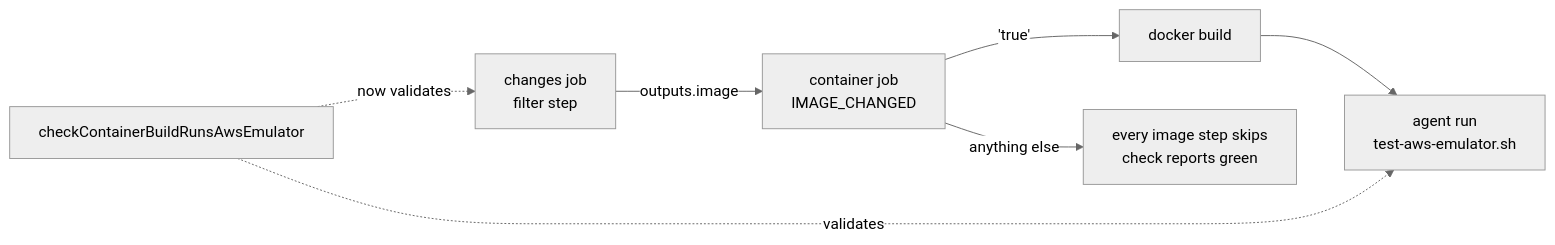
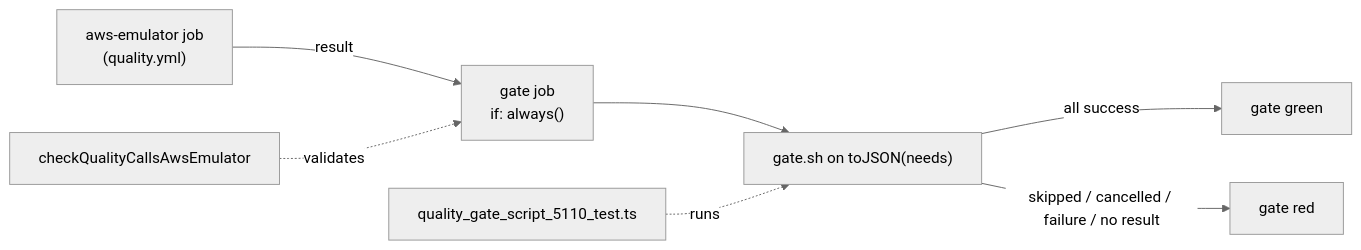
The diagram in docs/archive/pr-summaries/pr-summary-5110.md (stSoftwareAU/VibeCoder), drawn with Mermaid (neutral theme) before and after one commit. The commit also changed other lines of this file, not shown here.

First line of the commit message:
Write the PR summary for the gate wiring increment (Issue #5110)

````diff
--- a/docs/archive/pr-summaries/pr-summary-5110.md
+++ b/docs/archive/pr-summaries/pr-summary-5110.md
@@ -85,8 +74,9 @@
 ```mermaid
 flowchart LR
-    C["changes job<br/>filter step"] -->|"outputs.image"| E["container job<br/>IMAGE_CHANGED"]
-    E -->|"'true'"| B["docker build"] --> A["agent run<br/>test-aws-emulator.sh"]
-    E -->|"anything else"| S["every image step skips<br/>check reports green"]
-    V["checkContainerBuildRunsAwsEmulator"] -.now validates.-> C
-    V -.validates.-> A
+    A["aws-emulator job<br/>(quality.yml)"] -->|"result"| G["gate job<br/>if: always()"]
+    G --> S["gate.sh on toJSON(needs)"]
+    S -->|"all success"| P["gate green"]
+    S -->|"skipped / cancelled / failure / no result"| R["gate red"]
+    V["checkQualityCallsAwsEmulator"] -.validates.-> G
+    T["quality_gate_script_5110_test.ts"] -.runs.-> S
 ```
````
